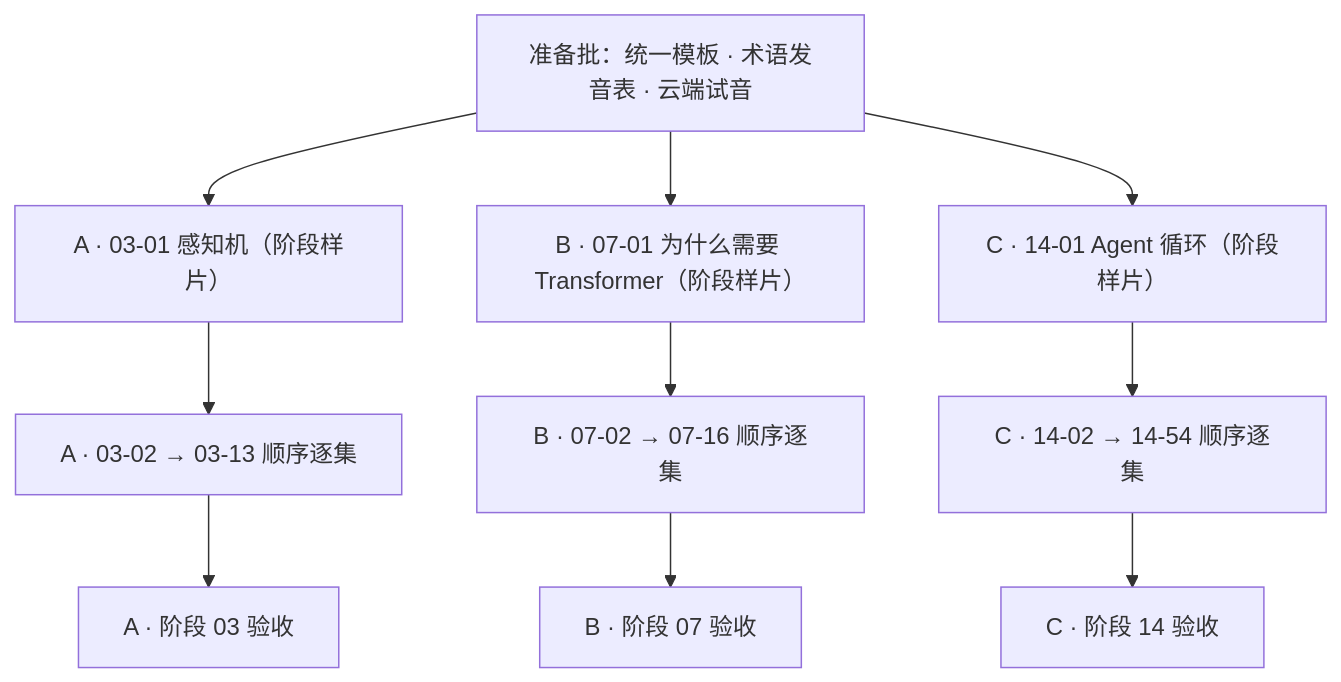
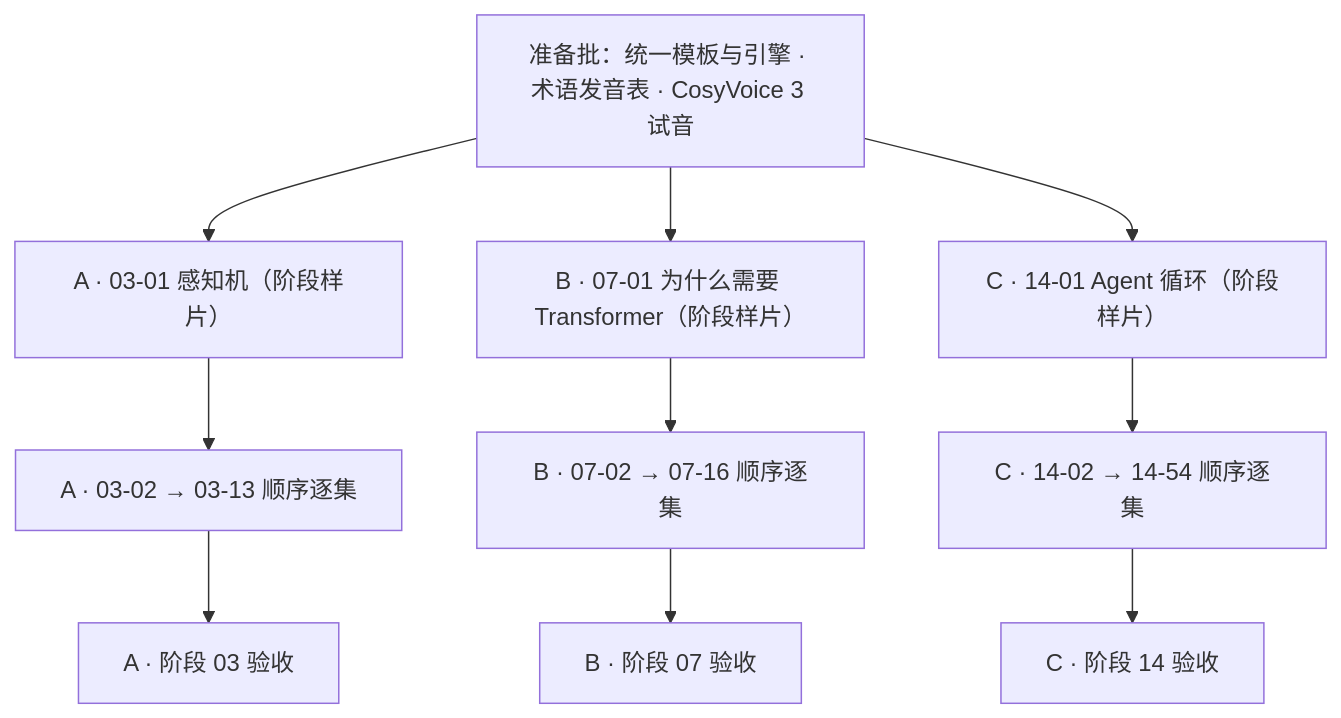
Before and after one commit to eanfs/ai-engineering-from-scratch-zh: the diagram in docs/plans/ai-engineering-video-series.md, drawn with Mermaid. The commit also changed other lines of this file, not shown here.

Commit message:
docs: 视频计划对齐已验证管线（720p / CosyVoice 3 / 分档时长）

````diff
--- a/docs/plans/ai-engineering-video-series.md
+++ b/docs/plans/ai-engineering-video-series.md
@@ -25,10 +39,10 @@
 ```mermaid
 flowchart TD
-  P["准备批：统一模板 · 术语发音表 · 云端试音"]
+  P["准备批：统一模板与引擎 · 术语发音表 · CosyVoice 3 试音"]
   P --> A1
   P --> B1
   P --> C1
   A1["A · 03-01 感知机（阶段样片）"] --> A2["A · 03-02 → 03-13 顺序逐集"] --> A3["A · 阶段 03 验收"]
   B1["B · 07-01 为什么需要 Transformer（阶段样片）"] --> B2["B · 07-02 → 07-16 顺序逐集"] --> B3["B · 阶段 07 验收"]
   C1["C · 14-01 Agent 循环（阶段样片）"] --> C2["C · 14-02 → 14-54 顺序逐集"] --> C3["C · 阶段 14 验收"]
 ```
````
